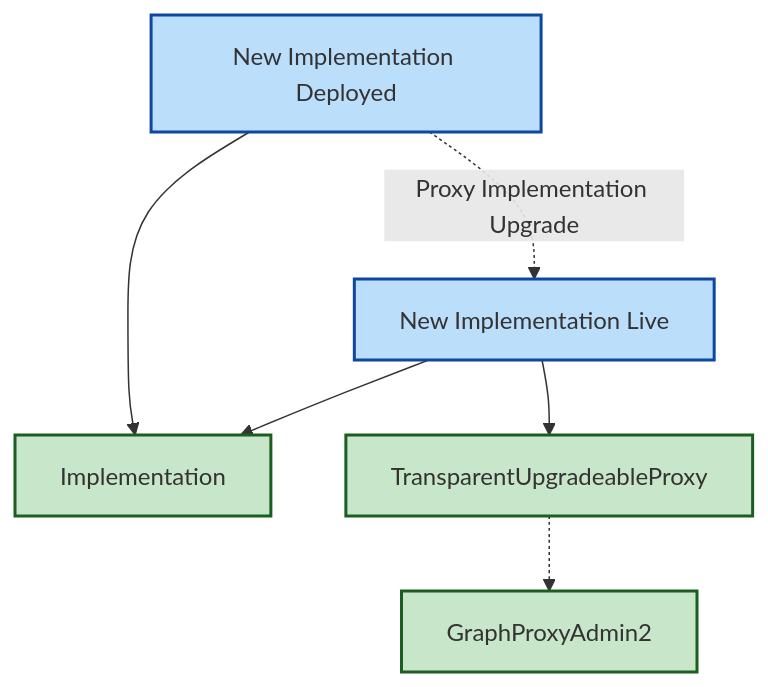
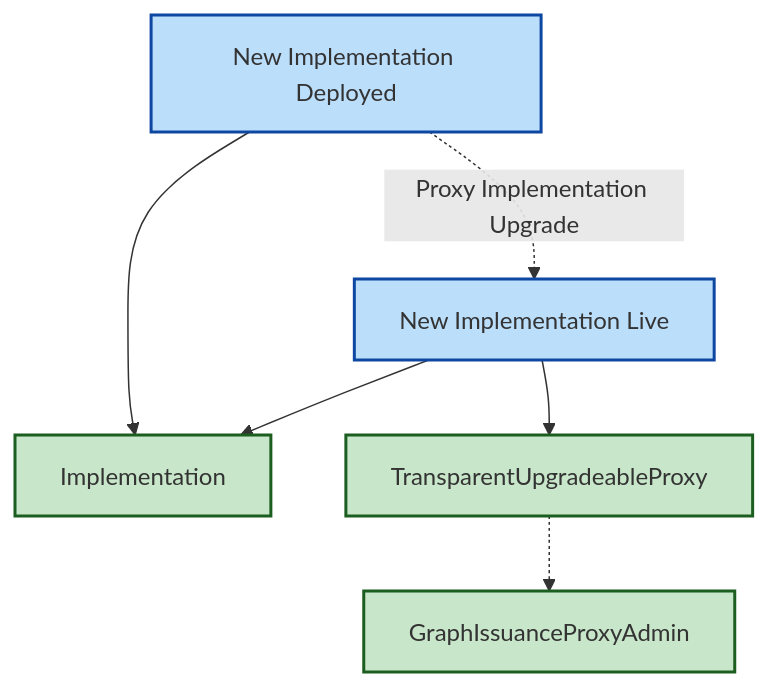
The ninth of 10 diagrams in packages/deploy/Design.md (graphprotocol/contracts), drawn with Mermaid before and after one commit. The commit also changed other lines of this file and 8 other files, not shown here.

First line of the commit message:
refactor(issuance-deploy): replace GraphProxyAdmin2 with GraphIssuanceProxyAdmin

````diff
--- a/packages/deploy/Design.md
+++ b/packages/deploy/Design.md
@@ -459,23 +459,23 @@
 ```mermaid
 graph TD
-    Admin[GraphProxyAdmin2]
+    Admin[GraphIssuanceProxyAdmin]
     Impl[Implementation]
     Proxy[TransparentUpgradeableProxy]
 
     ImplDeployed[New Implementation Deployed]
     ImplLive[New Implementation Live]
 
     ImplDeployed --> Impl
     ImplLive --> Impl
     ImplLive --> Proxy
 
     Proxy -.-> Admin
 
     ImplDeployed -.->|Proxy Implementation Upgrade| ImplLive
 
     classDef contract fill:#c8e6c9,stroke:#1b5e20,stroke-width:2px
     classDef config fill:#bbdefb,stroke:#0d47a1,stroke-width:2px
 
     class Admin,Impl,Proxy contract
     class ImplDeployed,ImplLive config
 ```
````
